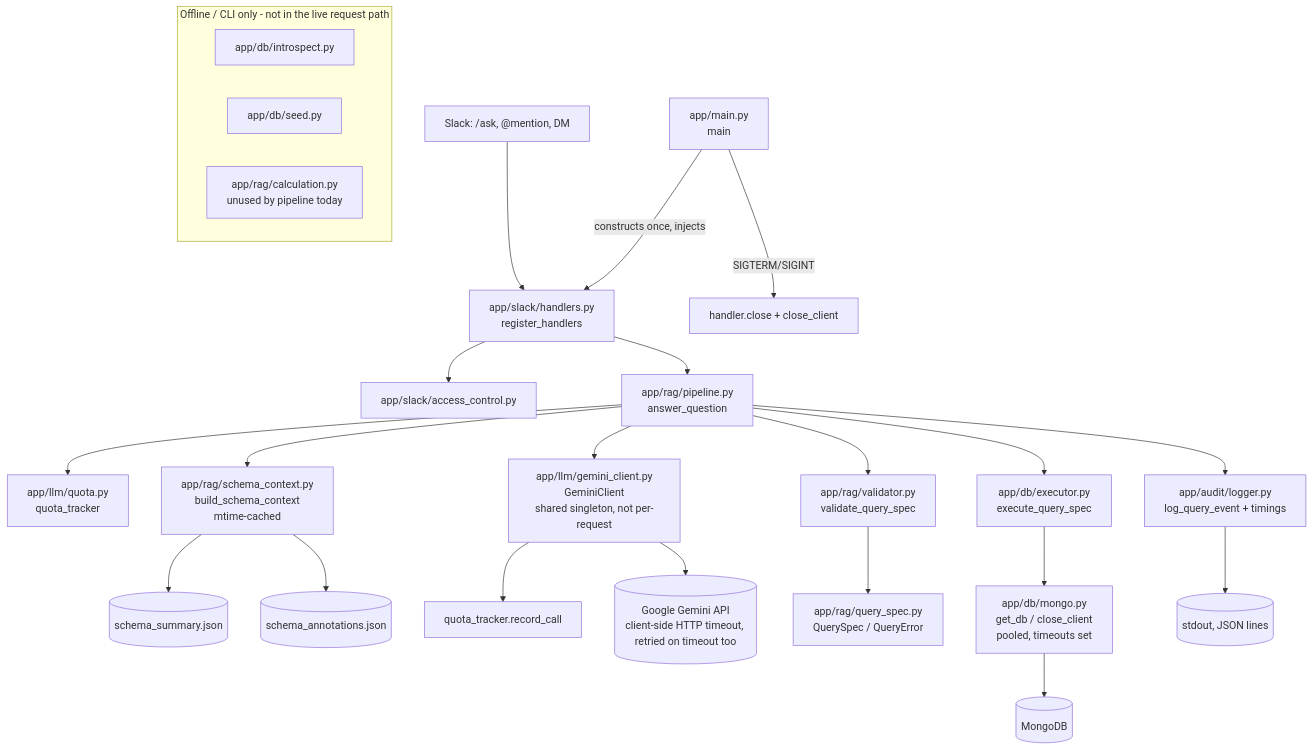
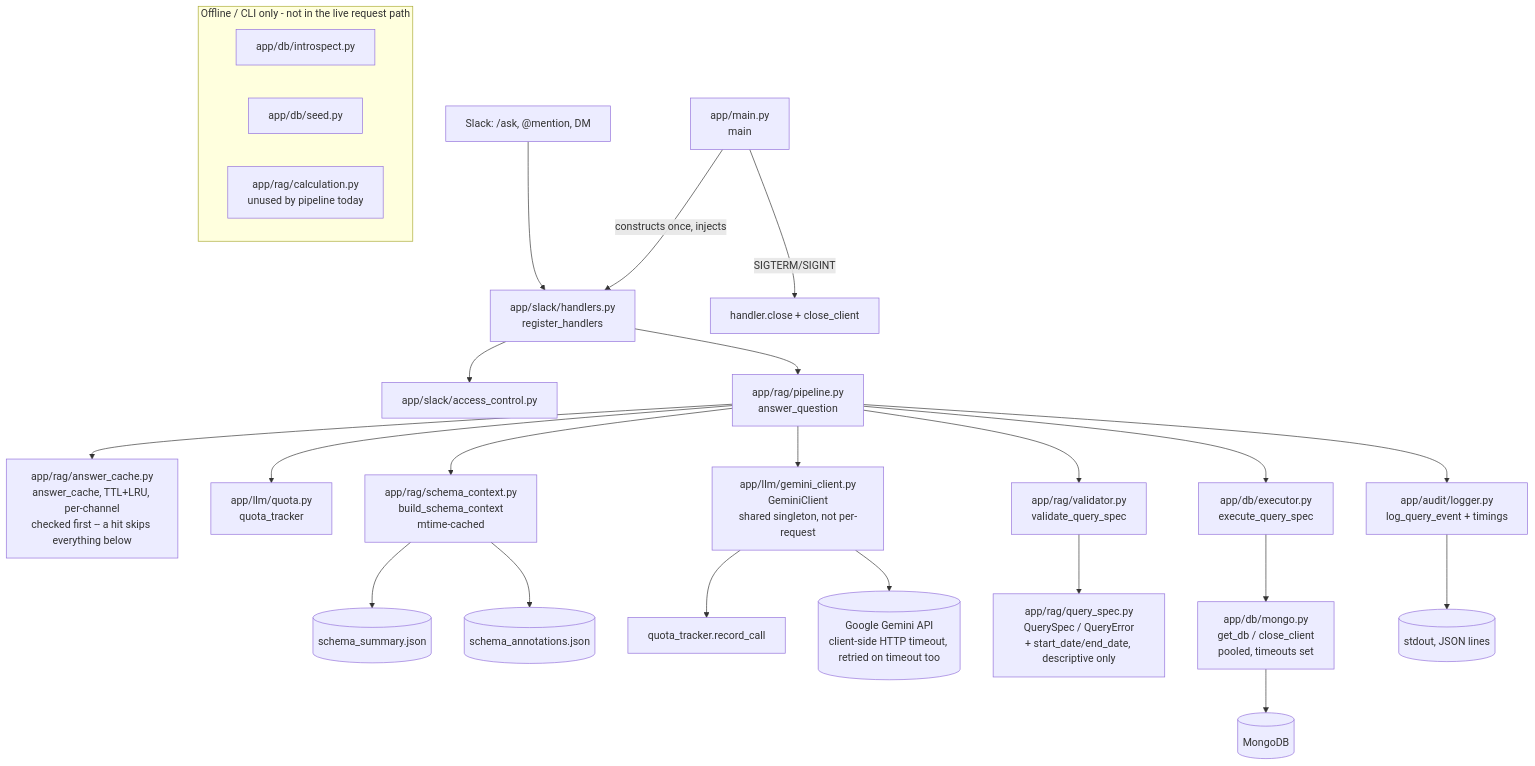
One commit to saadfareed/foodie-rag changed the first of 3 diagrams in docs/architecture.md. Above: the diagram before and after it, drawn with Mermaid. The commit also changed other lines of this file and 11 other files, not shown here.

First line of the commit message:
Add date-range guardrail and per-channel answer cache

````diff
--- a/docs/architecture.md
+++ b/docs/architecture.md
@@ -9,35 +9,36 @@
 ```mermaid
 graph TD
     Main[app/main.py<br/>main] -->|constructs once, injects| Handlers[app/slack/handlers.py<br/>register_handlers]
     Main -->|SIGTERM/SIGINT| Shutdown[handler.close + close_client]
 
     Slack[Slack: /ask, @mention, DM] --> Handlers
     Handlers --> AccessControl[app/slack/access_control.py]
     Handlers --> Pipeline[app/rag/pipeline.py<br/>answer_question]
 
+    Pipeline --> AnswerCache[app/rag/answer_cache.py<br/>answer_cache, TTL+LRU, per-channel<br/>checked first -- a hit skips everything below]
     Pipeline --> Quota[app/llm/quota.py<br/>quota_tracker]
     Pipeline --> SchemaCtx[app/rag/schema_context.py<br/>build_schema_context<br/>mtime-cached]
     Pipeline --> Gemini[app/llm/gemini_client.py<br/>GeminiClient<br/>shared singleton, not per-request]
     Pipeline --> Validator[app/rag/validator.py<br/>validate_query_spec]
     Pipeline --> Executor[app/db/executor.py<br/>execute_query_spec]
     Pipeline --> Audit[app/audit/logger.py<br/>log_query_event + timings]
 
     SchemaCtx --> SummaryFile[(schema_summary.json)]
     SchemaCtx --> AnnotationsFile[(schema_annotations.json)]
 
     Gemini --> QuotaRecord[quota_tracker.record_call]
     Gemini --> GeminiAPI[(Google Gemini API<br/>client-side HTTP timeout, retried on timeout too)]
 
-    Validator --> QuerySpecModel[app/rag/query_spec.py<br/>QuerySpec / QueryError]
+    Validator --> QuerySpecModel[app/rag/query_spec.py<br/>QuerySpec / QueryError<br/>+ start_date/end_date, descriptive only]
 
     Executor --> Mongo[app/db/mongo.py<br/>get_db / close_client<br/>pooled, timeouts set]
     Mongo --> MongoDB[(MongoDB)]
 
     Audit --> Stdout[(stdout, JSON lines)]
 
     subgraph "Offline / CLI only - not in the live request path"
         Introspect[app/db/introspect.py]
         Seed[app/db/seed.py]
         Calc[app/rag/calculation.py<br/>unused by pipeline today]
     end
 ```
````
